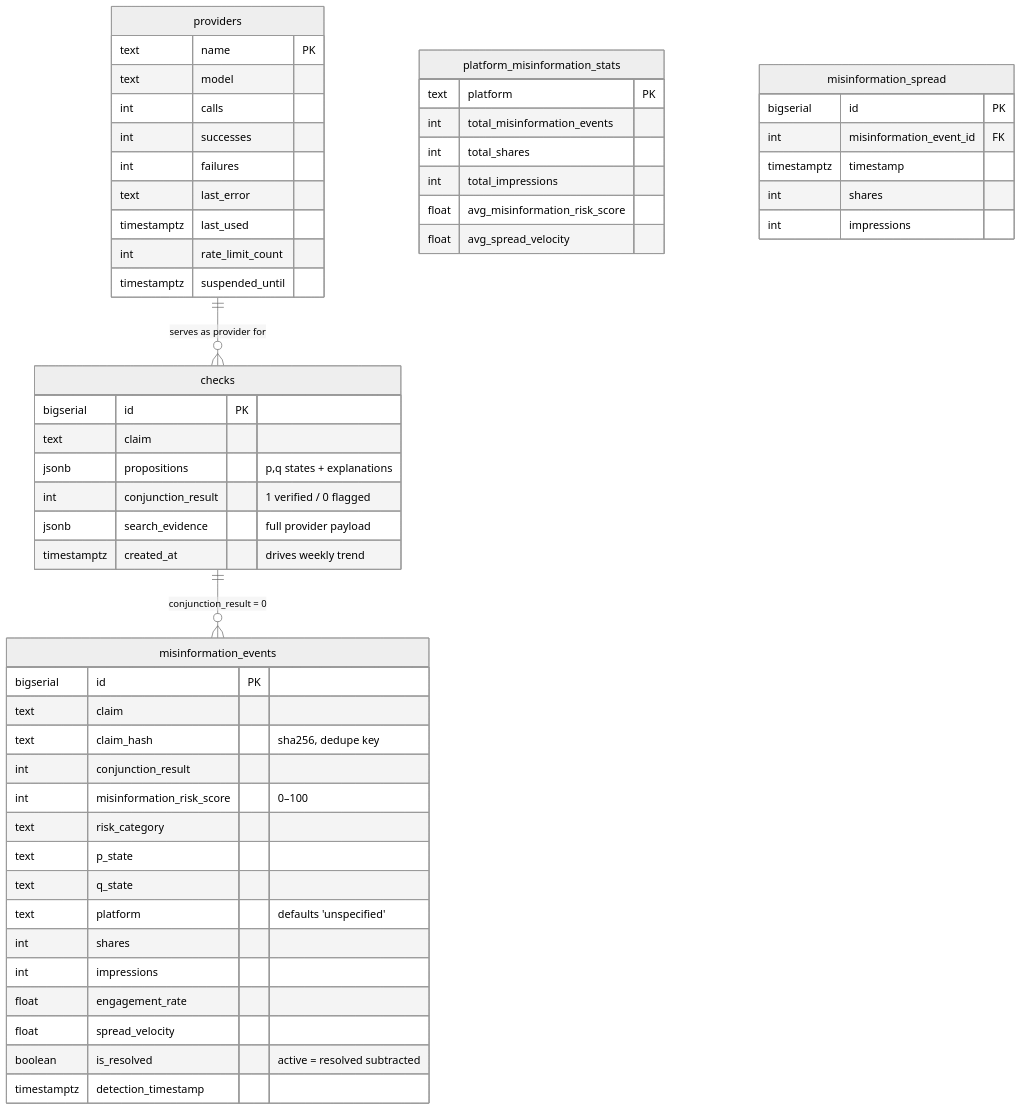
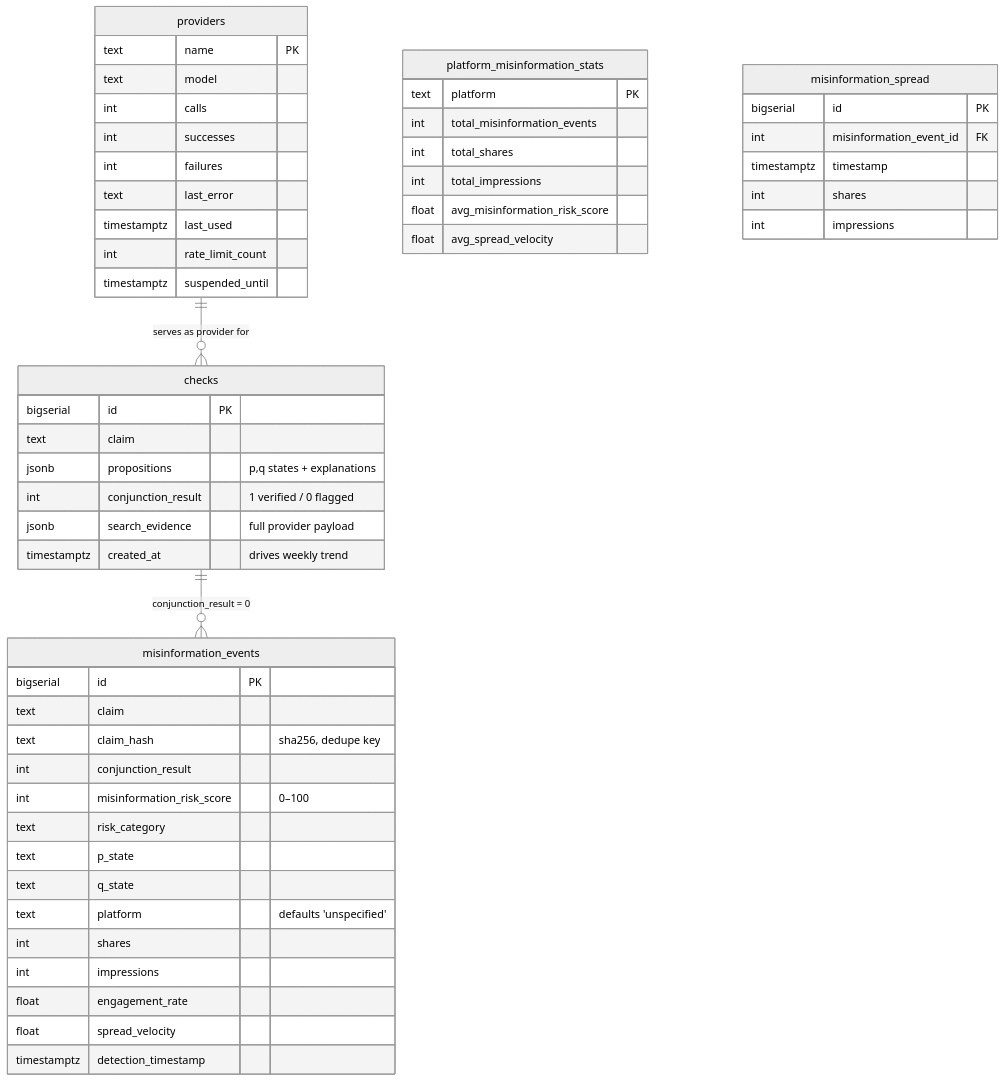
Before and after one commit to jirmaicds/VerifiedPulse: the third of 4 diagrams in SYSTEM-DIAGRAM.md, drawn with Mermaid (neutral theme). The commit also changed other lines of this file and 5 other files, not shown here.

````diff
--- a/SYSTEM-DIAGRAM.md
+++ b/SYSTEM-DIAGRAM.md
@@ -187,57 +183,56 @@
 ```mermaid
 erDiagram
     checks ||--o{ misinformation_events : "conjunction_result = 0"
     providers ||--o{ checks : "serves as provider for"
 
     checks {
         bigserial id PK
         text claim
         jsonb propositions "p,q states + explanations"
         int conjunction_result "1 verified / 0 flagged"
         jsonb search_evidence "full provider payload"
         timestamptz created_at "drives weekly trend"
     }
     misinformation_events {
         bigserial id PK
         text claim
         text claim_hash "sha256, dedupe key"
         int conjunction_result
         int misinformation_risk_score "0–100"
         text risk_category
         text p_state
         text q_state
         text platform "defaults 'unspecified'"
         int shares
         int impressions
         float engagement_rate
         float spread_velocity
-        boolean is_resolved "active = resolved subtracted"
         timestamptz detection_timestamp
     }
     platform_misinformation_stats {
         text platform PK
         int total_misinformation_events
         int total_shares
         int total_impressions
         float avg_misinformation_risk_score
         float avg_spread_velocity
     }
     providers {
         text name PK
         text model
         int calls
         int successes
         int failures
         text last_error
         timestamptz last_used
         int rate_limit_count
         timestamptz suspended_until
     }
     misinformation_spread {
         bigserial id PK
         int misinformation_event_id FK
         timestamptz timestamp
         int shares
         int impressions
     }
 ```
````
